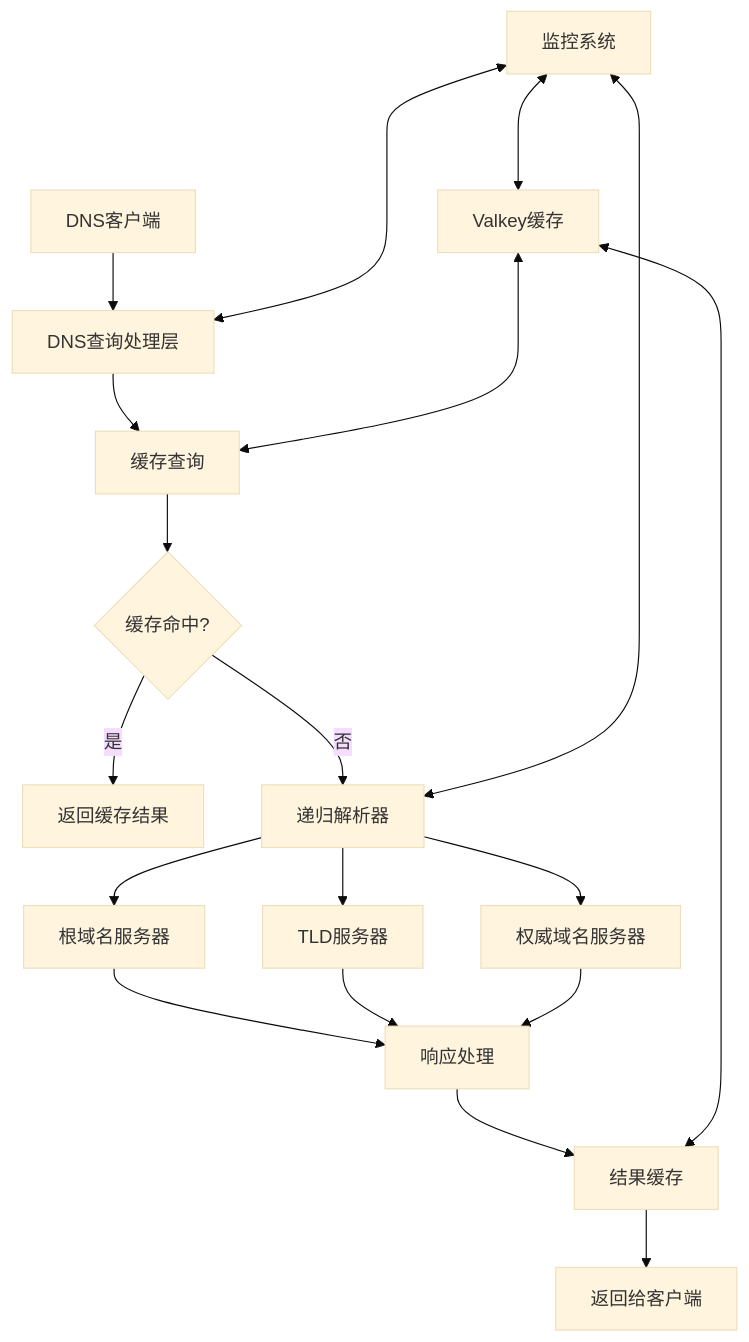
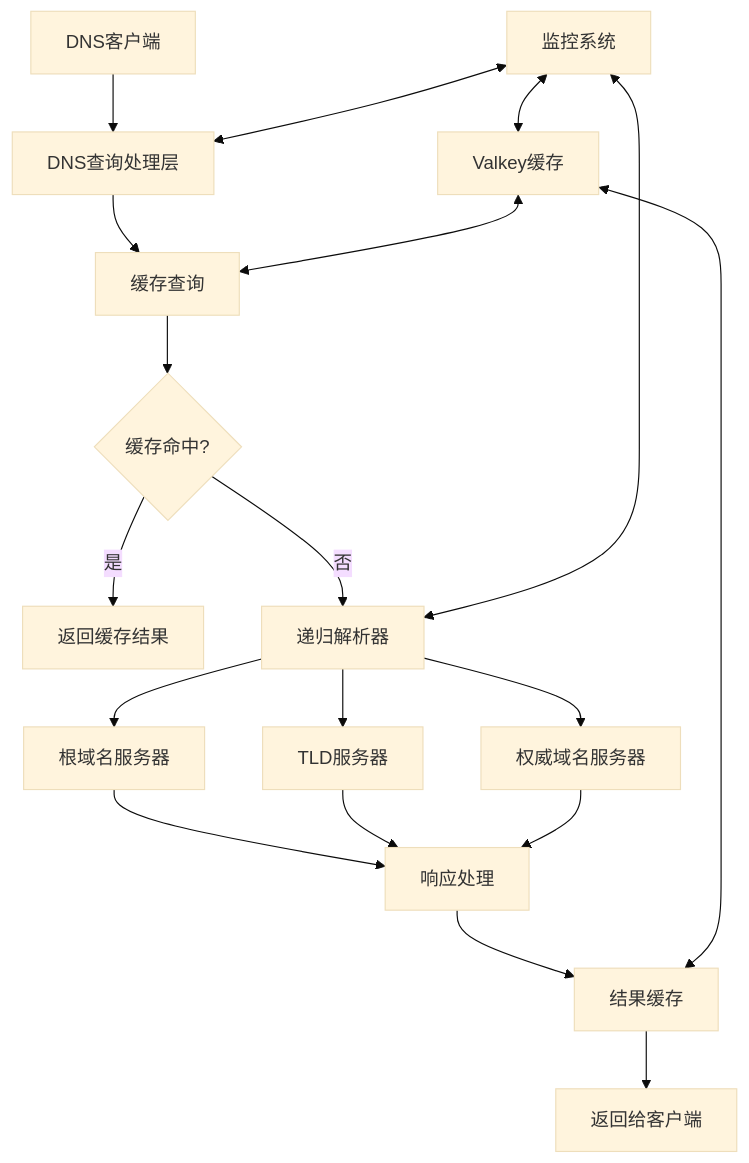
One commit to hezhijie0327/ZJBlog changed the diagram in content/projects/zjdns.md. Above: the diagram before and after it, drawn with Mermaid (base theme). The commit also changed 43 other files, not shown here.

````diff
--- a/content/projects/zjdns.md
+++ b/content/projects/zjdns.md
@@ -28,23 +28,23 @@
 ```mermaid
 graph TD
     A[DNS客户端] --> B[DNS查询处理层]
     B --> C[缓存查询]
     C --> D{缓存命中?}
     D -->|是| E[返回缓存结果]
     D -->|否| F[递归解析器]
     F --> G[根域名服务器]
     F --> H[TLD服务器]
     F --> I[权威域名服务器]
     G --> J[响应处理]
     H --> J
     I --> J
     J --> K[结果缓存]
     K --> L[返回给客户端]
 
-    M[Valkey缓存] <---> C
-    M <---> K
+    M[Valkey缓存] <--> C
+    M <--> K
 
-    N[监控系统] <---> B
-    N <---> F
-    N <---> M
+    N[监控系统] <--> B
+    N <--> F
+    N <--> M
 ```
````
